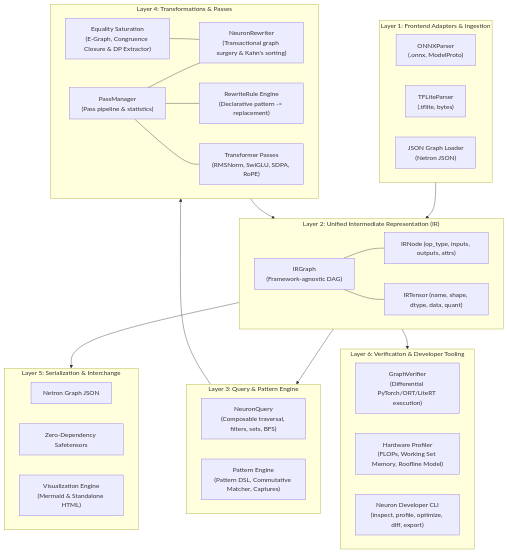
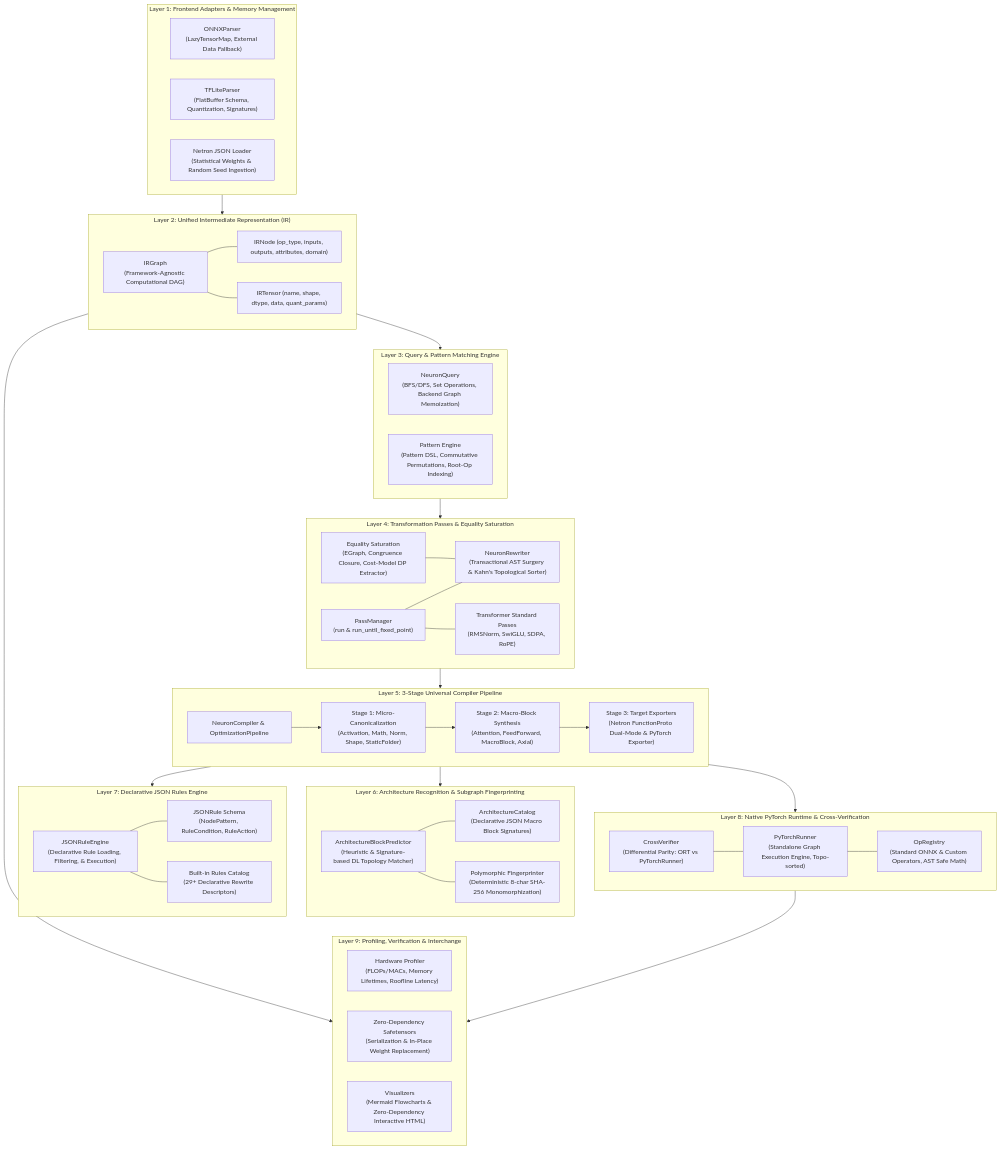
Before and after one commit to computerengineering-tutorial/neuron-toolkit: the diagram in docs/architecture.md, drawn with Mermaid. The commit also changed other lines of this file and 68 other files, not shown here.

````diff
--- a/docs/architecture.md
+++ b/docs/architecture.md
@@ -11,52 +9,79 @@
 ```mermaid
 flowchart TD
-    subgraph Layer1["Layer 1: Frontend Adapters & Ingestion"]
-        P_ONNX["ONNXParser\n(.onnx, ModelProto)"]
-        P_TFL["TFLiteParser\n(.tflite, bytes)"]
-        P_JSON["JSON Graph Loader\n(Netron JSON)"]
+    subgraph Layer1["Layer 1: Frontend Adapters & Memory Management"]
+        P_ONNX["ONNXParser\n(LazyTensorMap, External Data Fallback)"]
+        P_TFL["TFLiteParser\n(FlatBuffer Schema, Quantization, Signatures)"]
+        P_JSON["Netron JSON Loader\n(Statistical Weights & Random Seed Ingestion)"]
     end
 
     subgraph Layer2["Layer 2: Unified Intermediate Representation (IR)"]
-        IR["IRGraph\n(Framework-agnostic DAG)"]
-        IR_N["IRNode (op_type, inputs, outputs, attrs)"]
-        IR_T["IRTensor (name, shape, dtype, data, quant)"]
+        IR["IRGraph\n(Framework-Agnostic Computational DAG)"]
+        IR_N["IRNode (op_type, inputs, outputs, attributes, domain)"]
+        IR_T["IRTensor (name, shape, dtype, data, quant_params)"]
         IR --- IR_N
         IR --- IR_T
     end
 
-    subgraph Layer3["Layer 3: Query & Pattern Engine"]
-        Q["NeuronQuery\n(Composable traversal, filters, sets, BFS)"]
-        P["Pattern Engine\n(Pattern DSL, Commutative Matcher, Captures)"]
+    subgraph Layer3["Layer 3: Query & Pattern Matching Engine"]
+        Q["NeuronQuery\n(BFS/DFS, Set Operations, Backend Graph Memoization)"]
+        P["Pattern Engine\n(Pattern DSL, Commutative Permutations, Root-Op Indexing)"]
     end
 
-    subgraph Layer4["Layer 4: Transformations & Passes"]
-        PM["PassManager\n(Pass pipeline & statistics)"]
-        RW["NeuronRewriter\n(Transactional graph surgery & Kahn's sorting)"]
-        RR["RewriteRule Engine\n(Declarative pattern -> replacement)"]
-        EG["Equality Saturation\n(E-Graph, Congruence Closure & DP Extractor)"]
-        TP["Transformer Passes\n(RMSNorm, SwiGLU, SDPA, RoPE)"]
+    subgraph Layer4["Layer 4: Transformation Passes & Equality Saturation"]
+        PM["PassManager\n(run & run_until_fixed_point)"]
+        RW["NeuronRewriter\n(Transactional AST Surgery & Kahn's Topological Sorter)"]
+        EG["Equality Saturation\n(EGraph, Congruence Closure, Cost-Model DP Extractor)"]
+        TP["Transformer Standard Passes\n(RMSNorm, SwiGLU, SDPA, RoPE)"]
         PM --- RW
-        PM --- RR
         PM --- TP
         EG --- RW
     end
 
-    subgraph Layer5["Layer 5: Serialization & Interchange"]
-        E_JSON["Netron Graph JSON"]
-        E_SAFE["Zero-Dependency Safetensors"]
-        E_VIZ["Visualization Engine\n(Mermaid & Standalone HTML)"]
+    subgraph Layer5["Layer 5: 3-Stage Universal Compiler Pipeline"]
+        NC["NeuronCompiler & OptimizationPipeline"]
+        S1["Stage 1: Micro-Canonicalization\n(Activation, Math, Norm, Shape, StaticFolder)"]
+        S2["Stage 2: Macro-Block Synthesis\n(Attention, FeedForward, MacroBlock, Axial)"]
+        S3["Stage 3: Target Exporters\n(Netron FunctionProto Dual-Mode & PyTorch Exporter)"]
+        NC --> S1 --> S2 --> S3
     end
 
-    subgraph Layer6["Layer 6: Verification & Developer Tooling"]
-        VER["GraphVerifier\n(Differential PyTorch/ORT/LiteRT execution)"]
-        PROF["Hardware Profiler\n(FLOPs, Working Set Memory, Roofline Model)"]
-        CLI["Neuron Developer CLI\n(inspect, profile, optimize, diff, export)"]
+    subgraph Layer6["Layer 6: Architecture Recognition & Subgraph Fingerprinting"]
+        ABP["ArchitectureBlockPredictor\n(Heuristic & Signature-based DL Topology Matcher)"]
+        AC["ArchitectureCatalog\n(Declarative JSON Macro Block Signatures)"]
+        FP["Polymorphic Fingerprinter\n(Deterministic 8-char SHA-256 Monomorphization)"]
+        ABP --- AC
+        ABP --- FP
+    end
+
+    subgraph Layer7["Layer 7: Declarative JSON Rules Engine"]
+        JRE["JSONRuleEngine\n(Declarative Rule Loading, Filtering, & Execution)"]
+        JRS["JSONRule Schema\n(NodePattern, RuleCondition, RuleAction)"]
+        JRD["Built-in Rules Catalog\n(29+ Declarative Rewrite Descriptors)"]
+        JRE --- JRS
+        JRE --- JRD
+    end
+
+    subgraph Layer8["Layer 8: Native PyTorch Runtime & Cross-Verification"]
+        PR["PyTorchRunner\n(Standalone Graph Execution Engine, Topo-sorted)"]
+        REG["OpRegistry\n(Standard ONNX & Custom Operators, AST Safe Math)"]
+        CV["CrossVerifier\n(Differential Parity: ORT vs PyTorchRunner)"]
+        PR --- REG
+        CV --- PR
+    end
+
+    subgraph Layer9["Layer 9: Profiling, Verification & Interchange"]
+        PROF["Hardware Profiler\n(FLOPs/MACs, Memory Lifetimes, Roofline Latency)"]
+        SAFE["Zero-Dependency Safetensors\n(Serialization & In-Place Weight Replacement)"]
+        VIZ["Visualizers\n(Mermaid Flowcharts & Zero-Dependency Interactive HTML)"]
     end
 
     Layer1 --> Layer2
     Layer2 --> Layer3
     Layer3 --> Layer4
-    Layer4 --> Layer2
-    Layer2 --> Layer5
-    Layer2 --> Layer6
+    Layer4 --> Layer5
+    Layer5 --> Layer6
+    Layer5 --> Layer7
+    Layer5 --> Layer8
+    Layer2 --> Layer9
+    Layer8 --> Layer9
 ```
````
